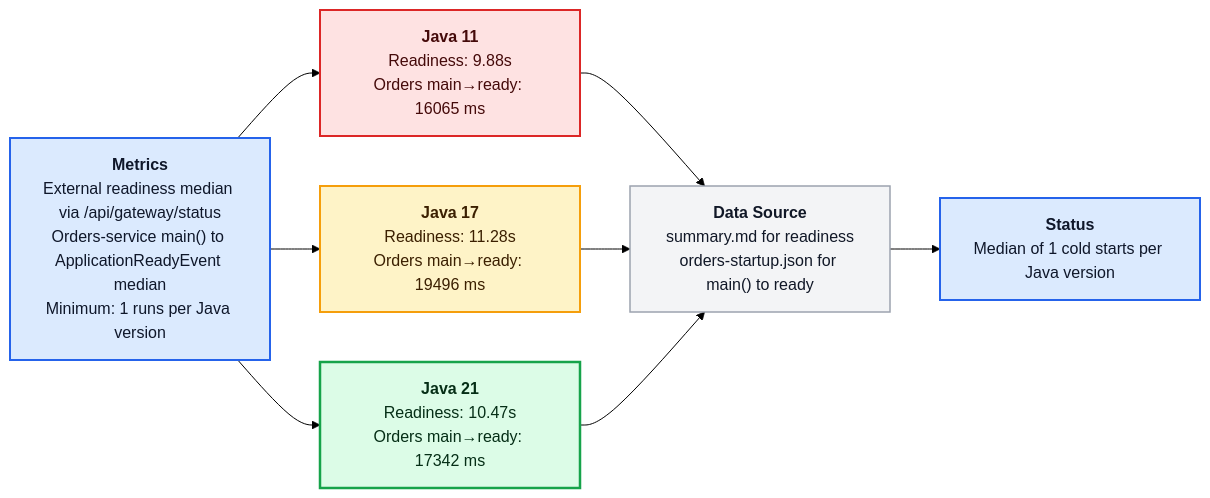
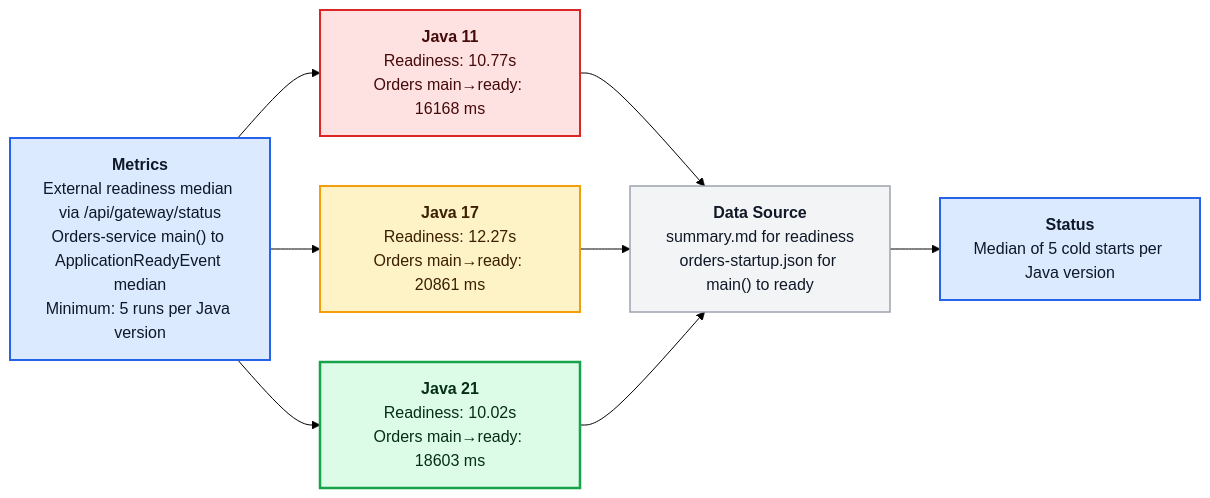
The diagram in docs/episodes/episode-07/assets/diagrams/E07-D01-startup-comparison.md (SaschaMoellering/acmecorp-platform), drawn with Mermaid (forest theme) before and after one commit. The commit also changed 3 other files, not shown here.

````diff
--- a/docs/episodes/episode-07/assets/diagrams/E07-D01-startup-comparison.md
+++ b/docs/episodes/episode-07/assets/diagrams/E07-D01-startup-comparison.md
@@ -1,27 +1,27 @@
 ```mermaid
 flowchart LR
 
 %% === AcmeCorp Diagram Style Standard ===
 classDef java11 fill:#FEE2E2,stroke:#DC2626,stroke-width:2px,color:#450A0A;
 classDef java17 fill:#FEF3C7,stroke:#F59E0B,stroke-width:2px,color:#3B1F00;
 classDef java21 fill:#DCFCE7,stroke:#16A34A,stroke-width:2.5px,color:#052E16;
 classDef metric fill:#DBEAFE,stroke:#2563EB,stroke-width:2px,color:#0F172A;
 classDef neutral fill:#F3F4F6,stroke:#9CA3AF,stroke-width:1.5px,color:#111827;
 
-Method["<b>Metrics</b><br/>External readiness median via /api/gateway/status<br/>Orders-service main() to ApplicationReadyEvent median<br/>Minimum: 1 runs per Java version"]:::metric
+Method["<b>Metrics</b><br/>External readiness median via /api/gateway/status<br/>Orders-service main() to ApplicationReadyEvent median<br/>Minimum: 5 runs per Java version"]:::metric
 
-J11["<b>Java 11</b><br/>Readiness: 9.88s<br/>Orders main→ready: 16065 ms"]:::java11
-J17["<b>Java 17</b><br/>Readiness: 11.28s<br/>Orders main→ready: 19496 ms"]:::java17
-J21["<b>Java 21</b><br/>Readiness: 10.47s<br/>Orders main→ready: 17342 ms"]:::java21
+J11["<b>Java 11</b><br/>Readiness: 10.77s<br/>Orders main→ready: 16168 ms"]:::java11
+J17["<b>Java 17</b><br/>Readiness: 12.27s<br/>Orders main→ready: 20861 ms"]:::java17
+J21["<b>Java 21</b><br/>Readiness: 10.02s<br/>Orders main→ready: 18603 ms"]:::java21
 
 Data["<b>Data Source</b><br/>summary.md for readiness<br/>orders-startup.json for main() to ready"]:::neutral
-Result["<b>Status</b><br/>Median of 1 cold starts per Java version"]:::metric
+Result["<b>Status</b><br/>Median of 5 cold starts per Java version"]:::metric
 
 Method --> J11
 Method --> J17
 Method --> J21
 J11 --> Data
 J17 --> Data
 J21 --> Data
 Data --> Result
 ```
````
